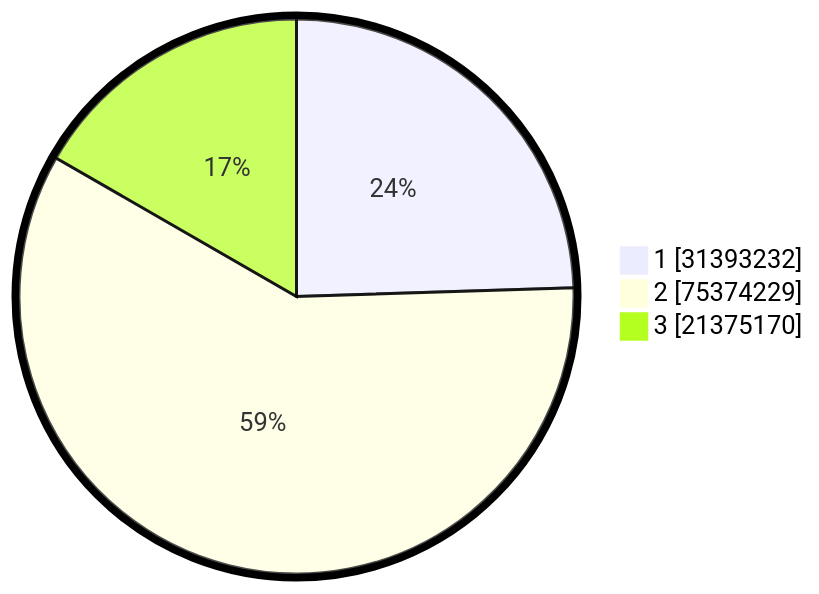
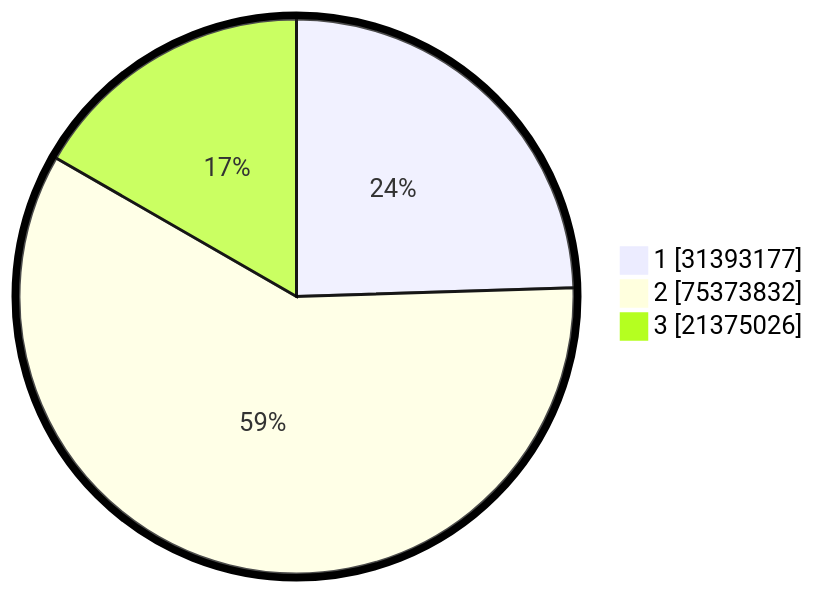
One commit to gigit-pemilu/pemilu-2024 changed the second of 2 diagrams in pilpres/hitung-suara/README.md. Above: the diagram before and after it, drawn with Mermaid. The commit also changed other lines of this file and 4 other files, not shown here.

````diff
--- a/pilpres/hitung-suara/README.md
+++ b/pilpres/hitung-suara/README.md
@@ -93,7 +93,7 @@
 ```mermaid
 %%{init: {"pie": {"textPosition": 0.5}, "themeVariables": {"pieOuterStrokeWidth": "5px"}} }%%
 pie showData
-    "1" : 31393232
-    "2" : 75374229
-    "3" : 21375170
+    "1" : 31393177
+    "2" : 75373832
+    "3" : 21375026
 ```
````
